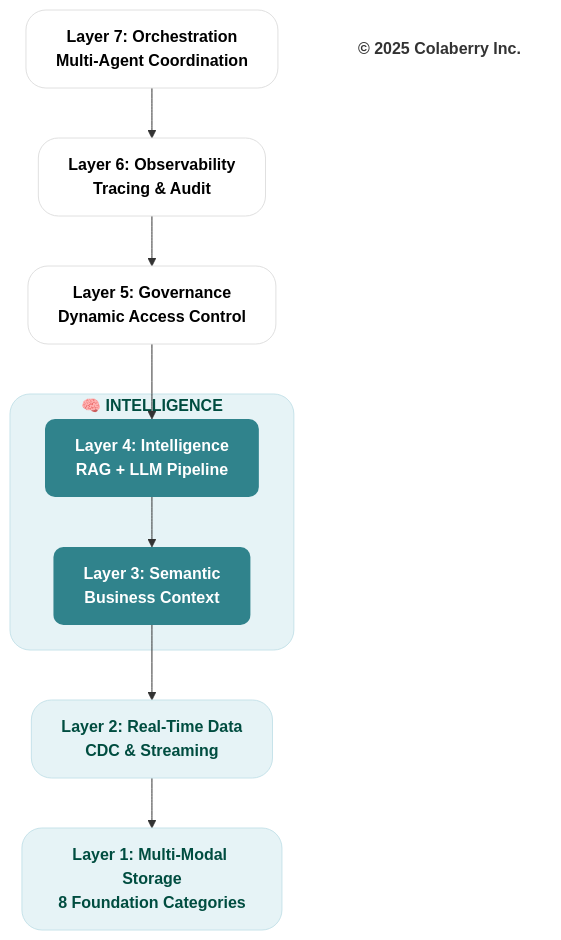
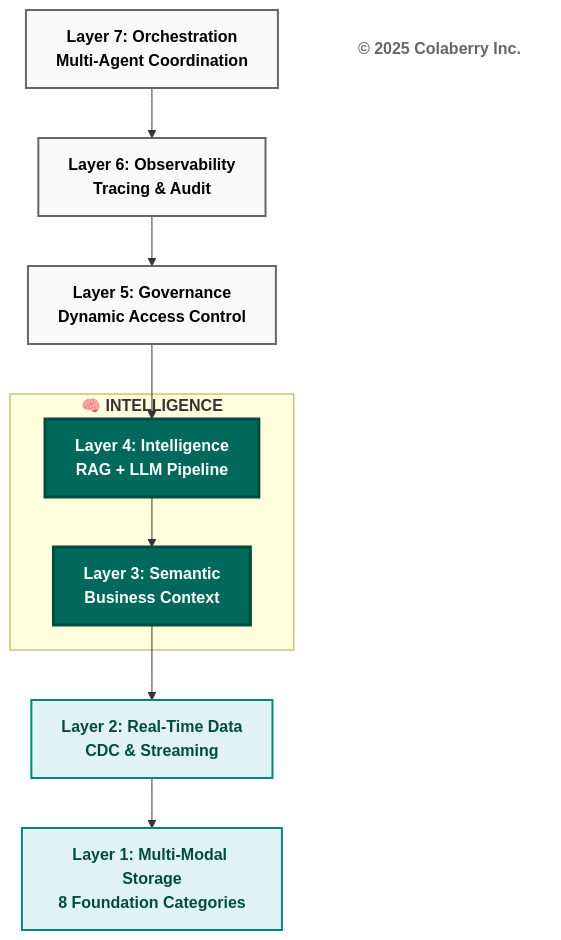
Before and after one commit to saitejesh-cyber/trust-before-intelligence-book: the third of 13 diagrams in manuscript/06_chapter_5_intelligence_layers.md, drawn with Mermaid. The commit also changed other lines of this file and 12 other files, not shown here.

Commit message:
Restore legacy Mermaid styles for Option 1

````diff
--- a/manuscript/06_chapter_5_intelligence_layers.md
+++ b/manuscript/06_chapter_5_intelligence_layers.md
@@ -133,29 +133,28 @@
 ```mermaid
 graph TB
     L7["<b>Layer 7: Orchestration</b><br/><b>Multi-Agent Coordination</b>"]
     L6["<b>Layer 6: Observability</b><br/><b>Tracing & Audit</b>"]
     L5["<b>Layer 5: Governance</b><br/><b>Dynamic Access Control</b>"]
     
-    subgraph INTELLIGENCE["<b>🧠 INTELLIGENCE</b>"]
+    subgraph "<b>🧠 INTELLIGENCE</b>"
         L4["<b>Layer 4: Intelligence</b><br/><b>RAG + LLM Pipeline</b>"]
         L3["<b>Layer 3: Semantic</b><br/><b>Business Context</b>"]
     end
     
     L2["<b>Layer 2: Real-Time Data</b><br/><b>CDC & Streaming</b>"]
     L1["<b>Layer 1: Multi-Modal Storage</b><br/><b>8 Foundation Categories</b>"]
     
     Copyright["<b>© 2025 Colaberry Inc.</b>"]
     
     L7 --> L6 --> L5 --> L4 --> L3
     L3 --> L2 --> L1
     
-    style L7 fill:#ffffff,stroke:#e0e0e0,stroke-width:1px,color:#000000,rx:20,ry:20
-    style L6 fill:#ffffff,stroke:#e0e0e0,stroke-width:1px,color:#000000,rx:20,ry:20
-    style L5 fill:#ffffff,stroke:#e0e0e0,stroke-width:1px,color:#000000,rx:20,ry:20
-    style L4 fill:#30838C,stroke:none,color:#ffffff,rx:10,ry:10
-    style L3 fill:#30838C,stroke:none,color:#ffffff,rx:10,ry:10
-    style L2 fill:#e6f3f6,stroke:#c7e3ea,stroke-width:1px,color:#004d40,rx:20,ry:20
-    style L1 fill:#e6f3f6,stroke:#c7e3ea,stroke-width:1px,color:#004d40,rx:20,ry:20
-    style INTELLIGENCE fill:#e6f3f6,stroke:#c7e3ea,stroke-width:1px,color:#004d40,rx:20,ry:20
-    style Copyright fill:none,stroke:none,color:#333333
+    style L7 fill:#f9f9f9,stroke:#666666,stroke-width:2px,color:#000000
+    style L6 fill:#f9f9f9,stroke:#666666,stroke-width:2px,color:#000000
+    style L5 fill:#f9f9f9,stroke:#666666,stroke-width:2px,color:#000000
+    style L4 fill:#00695c,color:#ffffff,stroke:#004d40,stroke-width:3px
+    style L3 fill:#00695c,color:#ffffff,stroke:#004d40,stroke-width:3px
+    style L2 fill:#e0f2f1,stroke:#00897b,stroke-width:2px,color:#004d40
+    style L1 fill:#e0f2f1,stroke:#00897b,stroke-width:2px,color:#004d40
+    style Copyright fill:#ffffff,stroke:none,color:#666666
 ```
````
